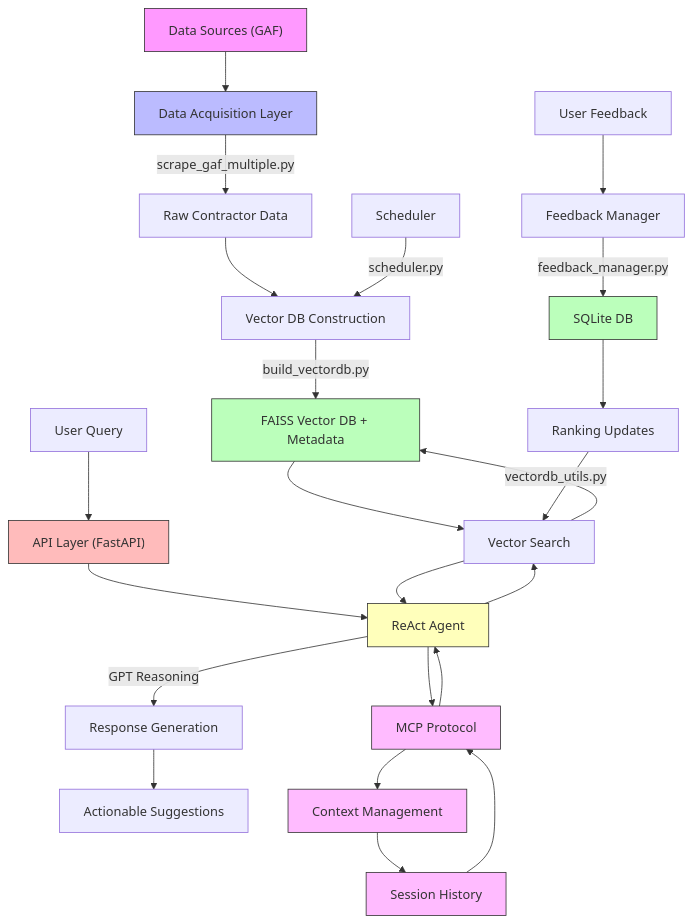
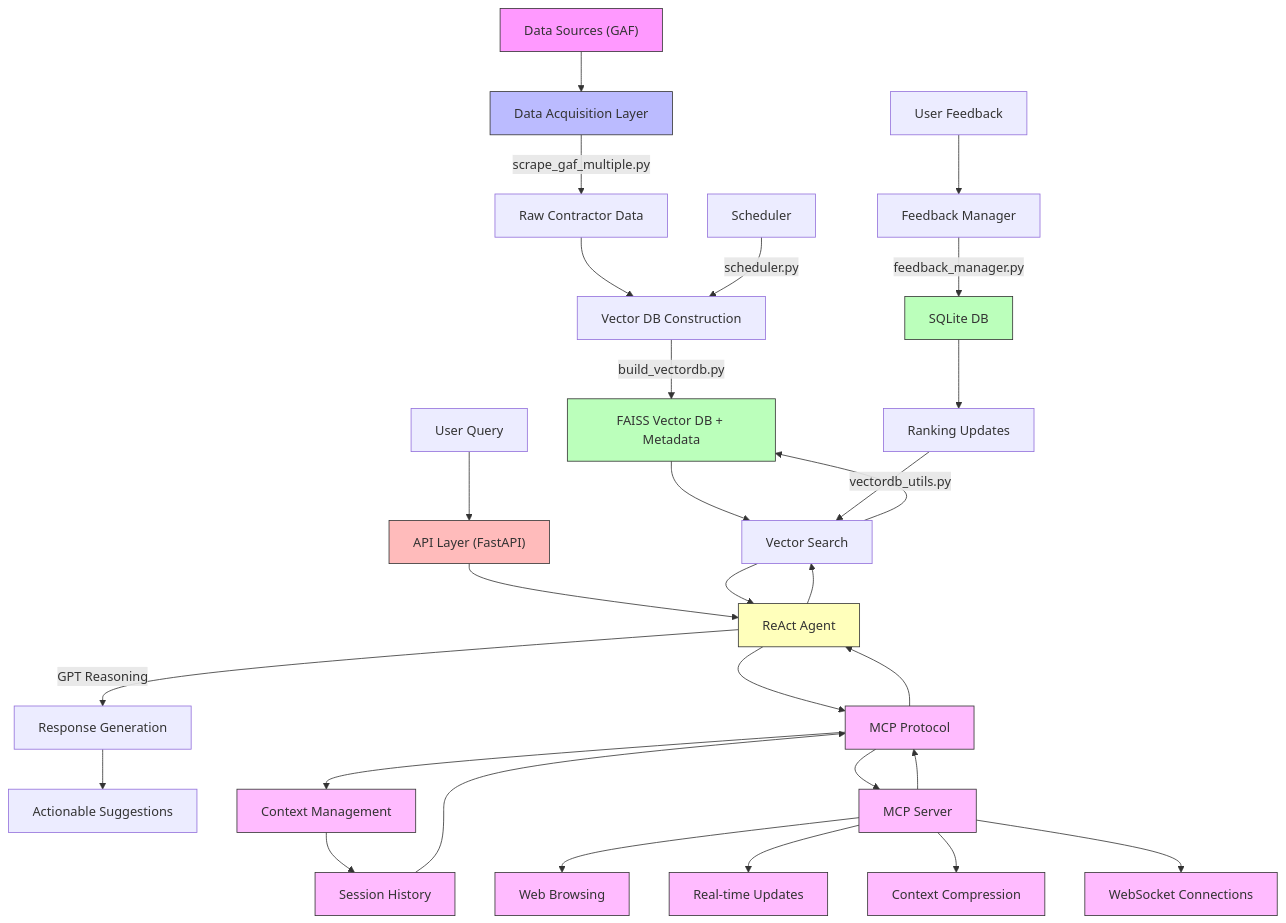
The diagram in README.md (icecreamlun/GFA_AI), drawn with Mermaid before and after one commit. The commit also changed other lines of this file and 2 other files, not shown here.

Commit message:
add mcp server

````diff
--- a/README.md
+++ b/README.md
@@ -18,40 +19,52 @@
 ```mermaid
 graph TD
     A["Data Sources (GAF)"] --> B["Data Acquisition Layer"]
     B --> |scrape_gaf_multiple.py| C["Raw Contractor Data"]
     C --> D["Vector DB Construction"]
     D --> |build_vectordb.py| E["FAISS Vector DB + Metadata"]
     
     F["Scheduler"] --> |scheduler.py| D
     
     G["User Query"] --> H["API Layer (FastAPI)"]
     H --> I["ReAct Agent"]
     I --> J["Vector Search"]
     J --> |vectordb_utils.py| E
     E --> J
     J --> I
     I --> |GPT Reasoning| K["Response Generation"]
     K --> L["Actionable Suggestions"]
     
     M["User Feedback"] --> N["Feedback Manager"]
     N --> |feedback_manager.py| O["SQLite DB"]
     O --> P["Ranking Updates"]
     P --> J
 
     Q["MCP Protocol"] --> I
     I --> Q
     Q --> R["Context Management"]
     R --> S["Session History"]
     S --> Q
 
+    T["MCP Server"] --> Q
+    Q --> T
+    T --> U["Web Browsing"]
+    T --> V["Real-time Updates"]
+    T --> W["Context Compression"]
+    T --> X["WebSocket Connections"]
+
 %% System components
 style A fill:#f9f,stroke:#333
 style B fill:#bbf,stroke:#333
 style E fill:#bfb,stroke:#333
 style H fill:#fbb,stroke:#333
 style I fill:#ffb,stroke:#333
 style O fill:#bfb,stroke:#333
 style Q fill:#fbf,stroke:#333
 style R fill:#fbf,stroke:#333
 style S fill:#fbf,stroke:#333
+style T fill:#fbf,stroke:#333
+style U fill:#fbf,stroke:#333
+style V fill:#fbf,stroke:#333
+style W fill:#fbf,stroke:#333
+style X fill:#fbf,stroke:#333
 ```
````
